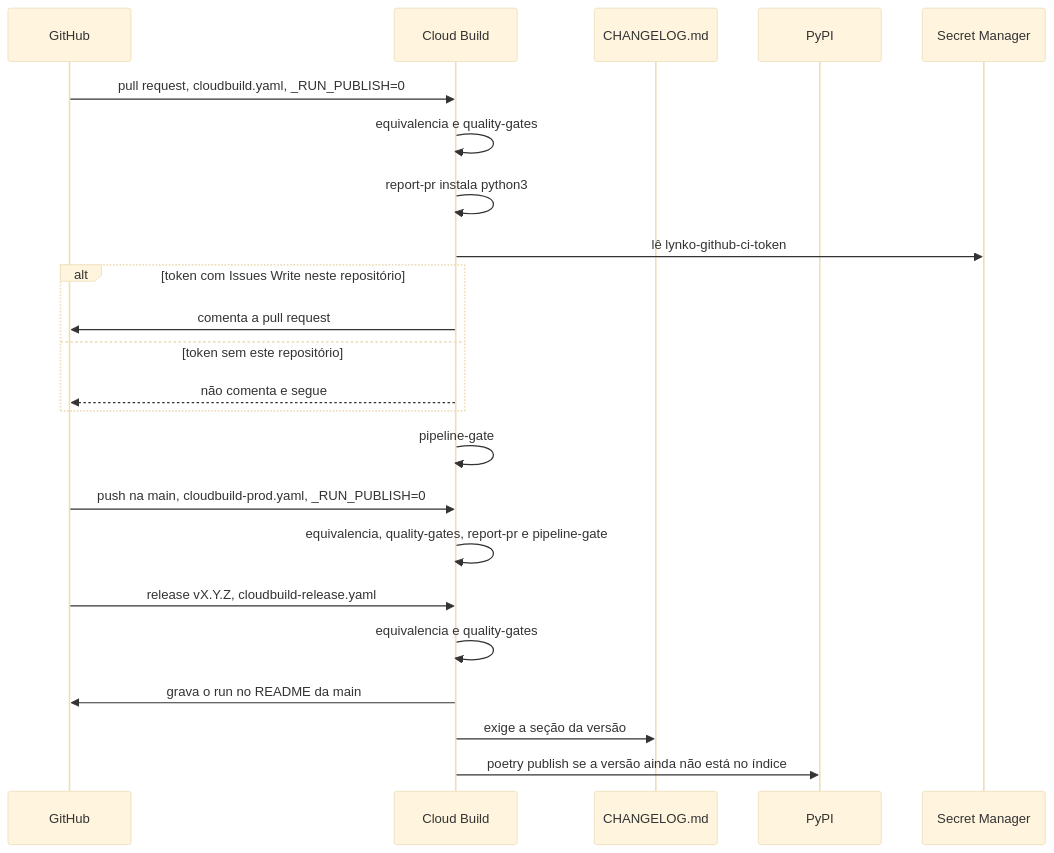
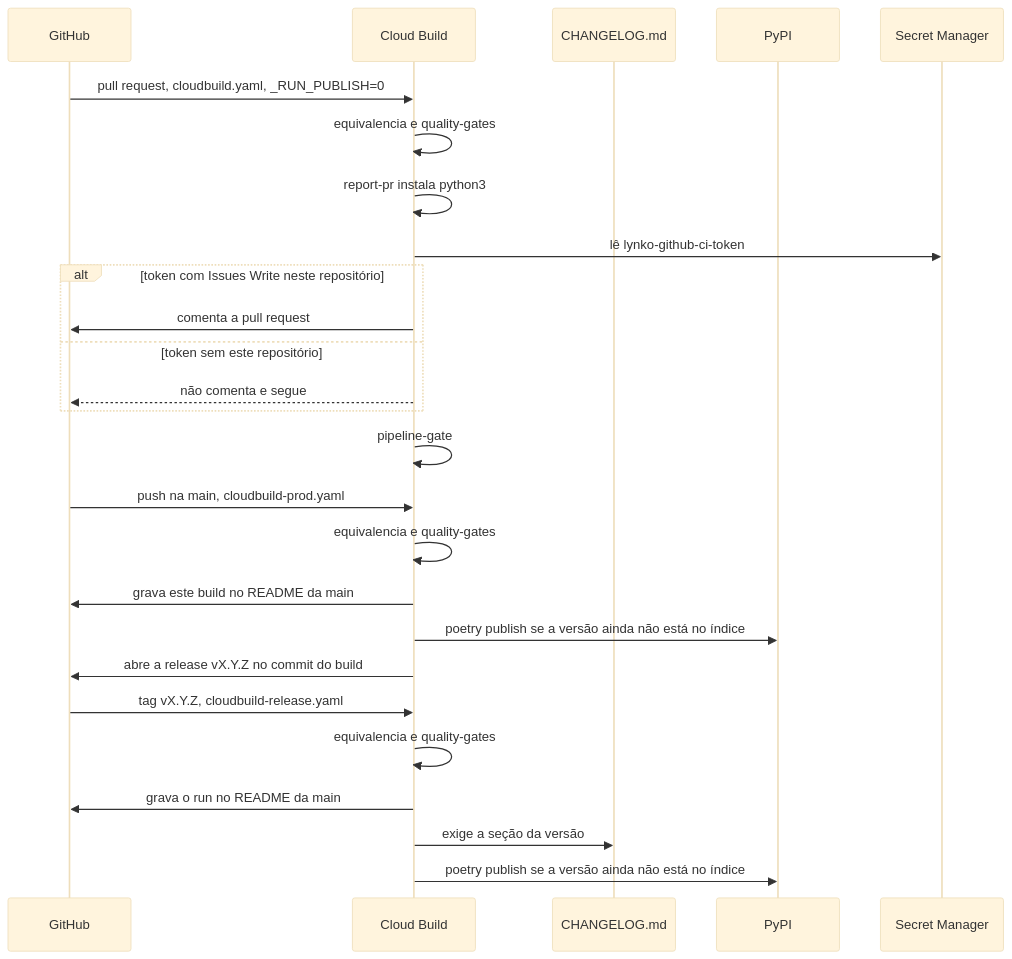
One commit to garusocruz/calculadora-rtc-simples-nacional changed the second of 3 diagrams in docs/publicacao-flow.md. Above: the diagram before and after it, drawn with Mermaid (base theme). The commit also changed other lines of this file and 8 other files, not shown here.

First line of the commit message:
fix: abre a release no build da main

````diff
--- a/docs/publicacao-flow.md
+++ b/docs/publicacao-flow.md
@@ -28,25 +29,28 @@
 ```mermaid
 sequenceDiagram
   participant GH as GitHub
   participant CB as Cloud Build
   participant CL as CHANGELOG.md
   participant Py as PyPI
   participant SM as Secret Manager
   GH->>CB: pull request, cloudbuild.yaml, _RUN_PUBLISH=0
   CB->>CB: equivalencia e quality-gates
   CB->>CB: report-pr instala python3
   CB->>SM: lê lynko-github-ci-token
   alt token com Issues Write neste repositório
     CB->>GH: comenta a pull request
   else token sem este repositório
     CB-->>GH: não comenta e segue
   end
   CB->>CB: pipeline-gate
-  GH->>CB: push na main, cloudbuild-prod.yaml, _RUN_PUBLISH=0
-  CB->>CB: equivalencia, quality-gates, report-pr e pipeline-gate
-  GH->>CB: release vX.Y.Z, cloudbuild-release.yaml
+  GH->>CB: push na main, cloudbuild-prod.yaml
+  CB->>CB: equivalencia e quality-gates
+  CB->>GH: grava este build no README da main
+  CB->>Py: poetry publish se a versão ainda não está no índice
+  CB->>GH: abre a release vX.Y.Z no commit do build
+  GH->>CB: tag vX.Y.Z, cloudbuild-release.yaml
   CB->>CB: equivalencia e quality-gates
   CB->>GH: grava o run no README da main
   CB->>CL: exige a seção da versão
   CB->>Py: poetry publish se a versão ainda não está no índice
 ```
````
